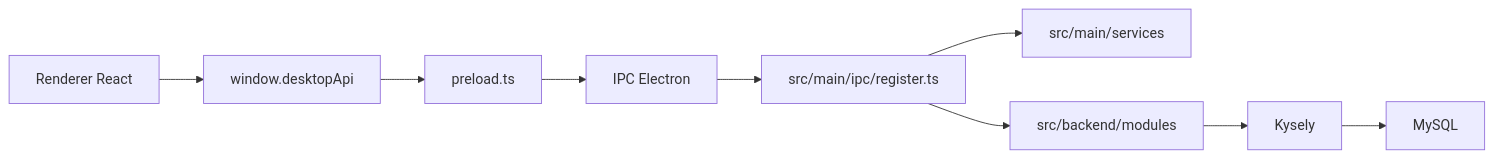
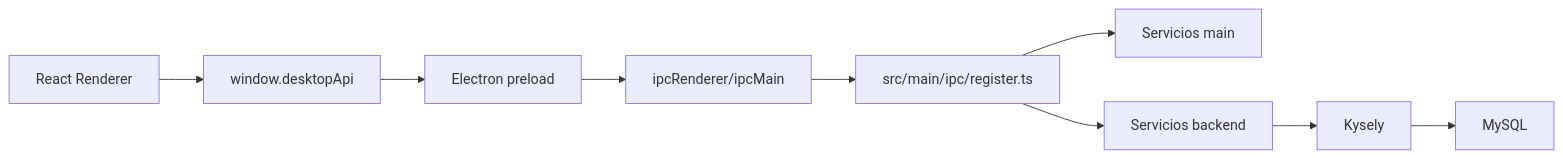
The second of 5 diagrams in DOCUMENTACION_APP.md (Williamddg/Lavanderia3), drawn with Mermaid before and after one commit. The commit also changed other lines of this file and 1 other file, not shown here.

````diff
--- a/DOCUMENTACION_APP.md
+++ b/DOCUMENTACION_APP.md
@@ -16,11 +110,11 @@
 ```mermaid
 flowchart LR
-    A[Renderer React] --> B[window.desktopApi]
-    B --> C[preload.ts]
-    C --> D[IPC Electron]
+    A[React Renderer] --> B[window.desktopApi]
+    B --> C[Electron preload]
+    C --> D[ipcRenderer/ipcMain]
     D --> E[src/main/ipc/register.ts]
-    E --> F[src/main/services]
-    E --> G[src/backend/modules]
+    E --> F[Servicios main]
+    E --> G[Servicios backend]
     G --> H[Kysely]
     H --> I[MySQL]
 ```
````
